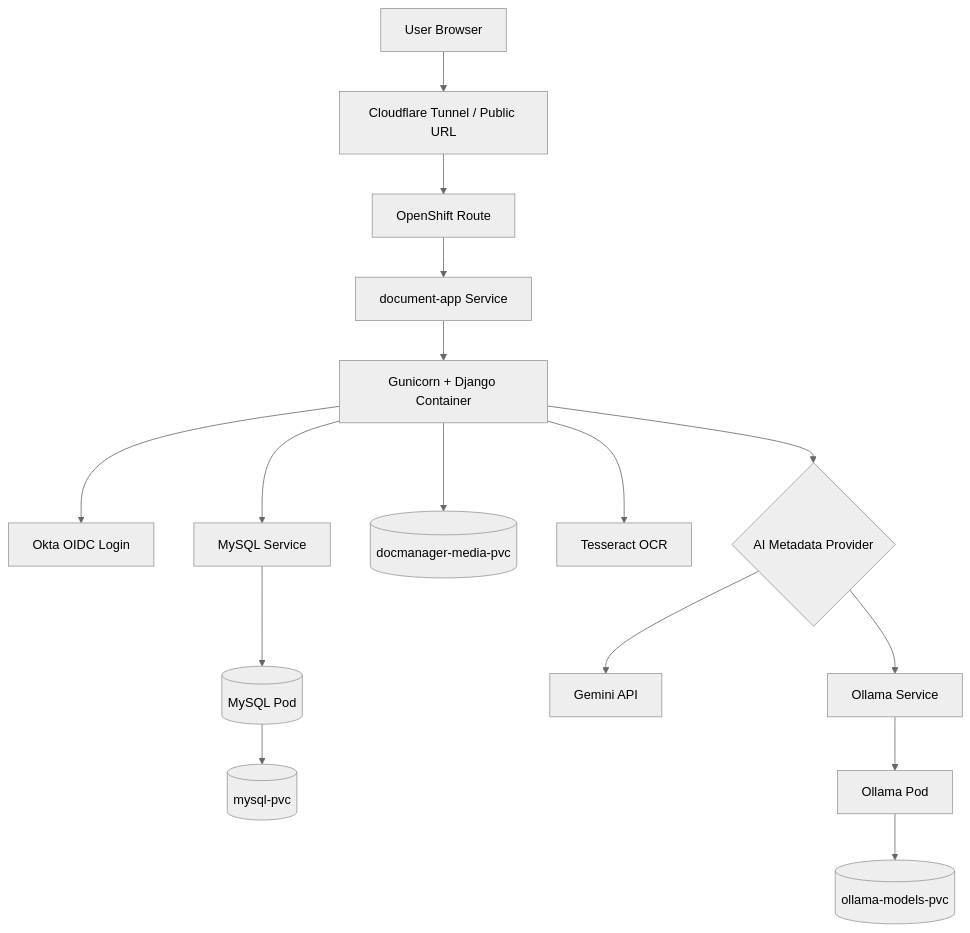
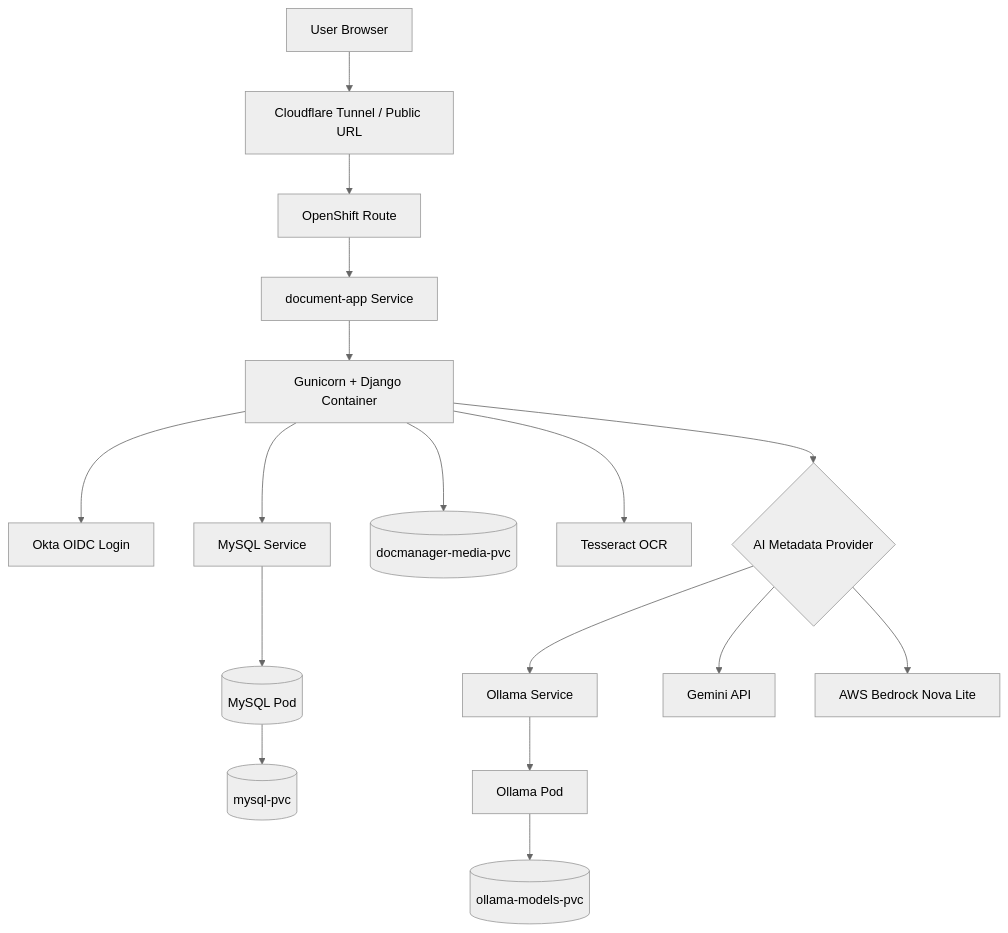
One commit to khaliqueaws-creator/document-management changed the first of 3 diagrams in docs/architecture.md. Above: the diagram before and after it, drawn with Mermaid (neutral theme). The commit also changed other lines of this file and 4 other files, not shown here.

Commit message:
Update architecture docs for Bedrock

````diff
--- a/docs/architecture.md
+++ b/docs/architecture.md
@@ -9,21 +9,22 @@
 ```mermaid
 flowchart TB
     User[User Browser] --> CF[Cloudflare Tunnel / Public URL]
     CF --> Route[OpenShift Route]
     Route --> SVC[document-app Service]
     SVC --> App[Gunicorn + Django Container]
 
     App --> Okta[Okta OIDC Login]
     App --> MySQLSvc[MySQL Service]
     MySQLSvc --> MySQL[(MySQL Pod)]
     MySQL --> MySQLPVC[(mysql-pvc)]
 
     App --> MediaPVC[(docmanager-media-pvc)]
     App --> Tesseract[Tesseract OCR]
 
     App --> AIChoice{AI Metadata Provider}
+    AIChoice --> OllamaSvc[Ollama Service]
     AIChoice --> Gemini[Gemini API]
-    AIChoice --> OllamaSvc[Ollama Service]
+    AIChoice --> Bedrock[AWS Bedrock Nova Lite]
     OllamaSvc --> Ollama[Ollama Pod]
     Ollama --> OllamaPVC[(ollama-models-pvc)]
 ```
````
